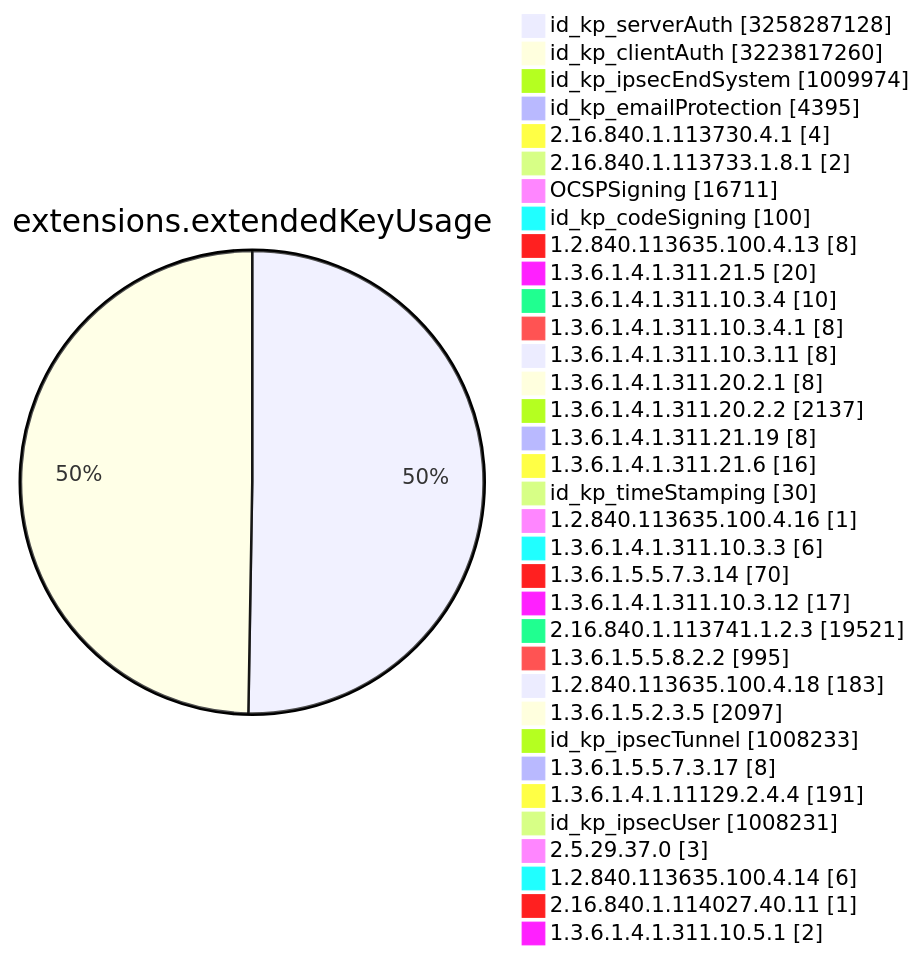
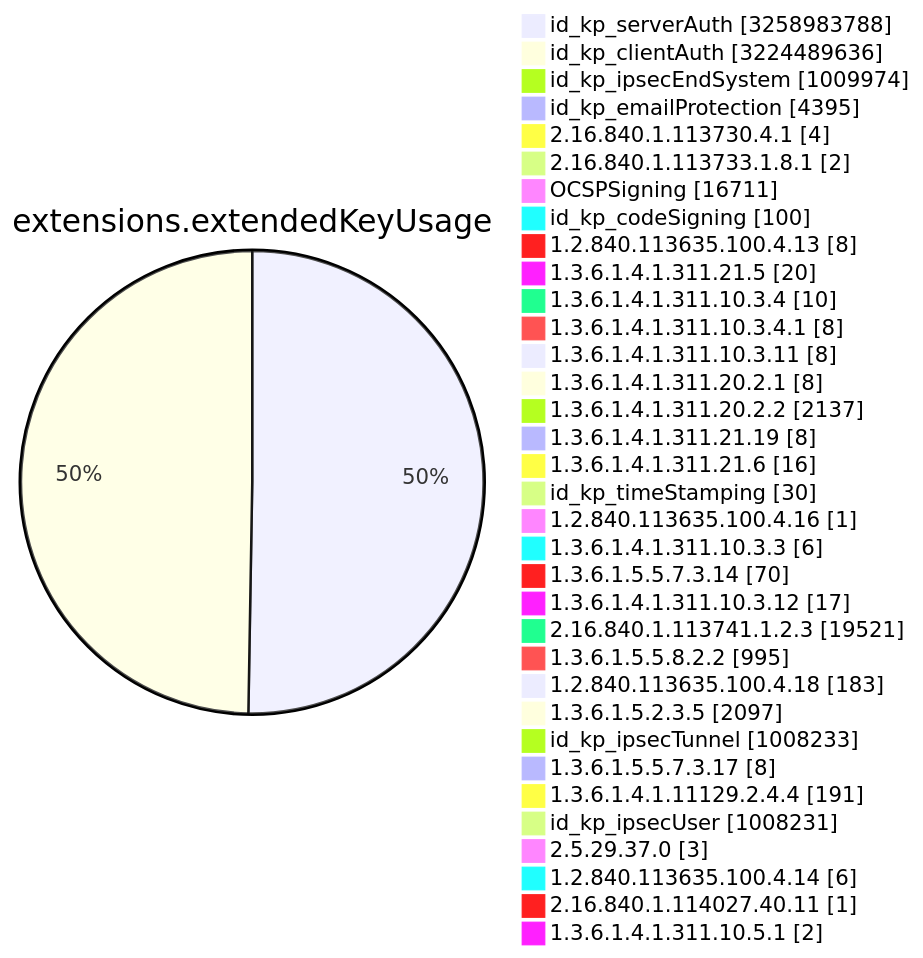
Before and after one commit to christiankrug/ctmonitor_visualization: diagram 11 of 15 in TOTAL/README.md, drawn with Mermaid. The commit also changed other lines of this file, not shown here.

````diff
--- a/TOTAL/README.md
+++ b/TOTAL/README.md
@@ -4119,38 +4119,38 @@
 ```mermaid
 pie showData
 title extensions.extendedKeyUsage
-"id_kp_serverAuth" :3258287128
-"id_kp_clientAuth" :3223817260
+"id_kp_serverAuth" :3258983788
+"id_kp_clientAuth" :3224489636
 "id_kp_ipsecEndSystem" :1009974
 "id_kp_emailProtection" :4395
 "2.16.840.1.113730.4.1" :4
 "2.16.840.1.113733.1.8.1" :2
 "OCSPSigning" :16711
 "id_kp_codeSigning" :100
 "1.2.840.113635.100.4.13" :8
 "1.3.6.1.4.1.311.21.5" :20
 "1.3.6.1.4.1.311.10.3.4" :10
 "1.3.6.1.4.1.311.10.3.4.1" :8
 "1.3.6.1.4.1.311.10.3.11" :8
 "1.3.6.1.4.1.311.20.2.1" :8
 "1.3.6.1.4.1.311.20.2.2" :2137
 "1.3.6.1.4.1.311.21.19" :8
 "1.3.6.1.4.1.311.21.6" :16
 "id_kp_timeStamping" :30
 "1.2.840.113635.100.4.16" :1
 "1.3.6.1.4.1.311.10.3.3" :6
 "1.3.6.1.5.5.7.3.14" :70
 "1.3.6.1.4.1.311.10.3.12" :17
 "2.16.840.1.113741.1.2.3" :19521
 "1.3.6.1.5.5.8.2.2" :995
 "1.2.840.113635.100.4.18" :183
 "1.3.6.1.5.2.3.5" :2097
 "id_kp_ipsecTunnel" :1008233
 "1.3.6.1.5.5.7.3.17" :8
 "1.3.6.1.4.1.11129.2.4.4" :191
 "id_kp_ipsecUser" :1008231
 "2.5.29.37.0" :3
 "1.2.840.113635.100.4.14" :6
 "2.16.840.1.114027.40.11" :1
 "1.3.6.1.4.1.311.10.5.1" :2
 ```
````
